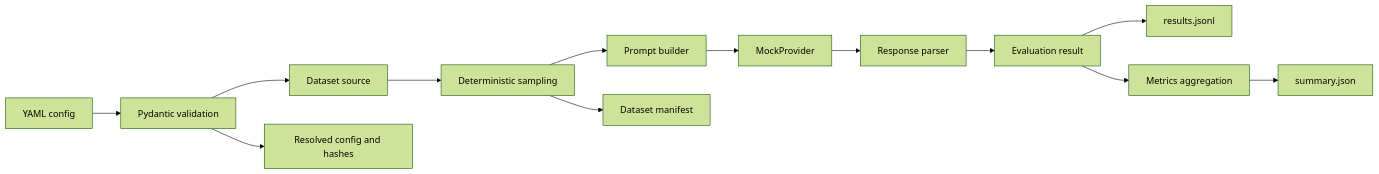
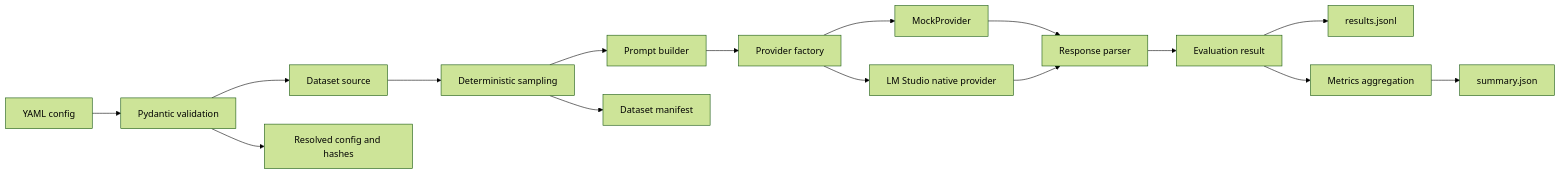
The diagram in README.md (ataozalpp/llm-benchmark), drawn with Mermaid (forest theme) before and after one commit. The commit also changed other lines of this file and 13 other files, not shown here.

Commit message:
Add LM Studio local model provider

````diff
--- a/README.md
+++ b/README.md
@@ -55,15 +58,18 @@
 ```mermaid
 flowchart LR
     A[YAML config] --> B[Pydantic validation]
     B --> C[Dataset source]
     C --> D[Deterministic sampling]
     D --> E[Prompt builder]
-    E --> F[MockProvider]
-    F --> G[Response parser]
+    E --> F[Provider factory]
+    F --> N[MockProvider]
+    F --> O[LM Studio native provider]
+    N --> G[Response parser]
+    O --> G
     G --> H[Evaluation result]
     H --> I[results.jsonl]
     H --> J[Metrics aggregation]
     J --> K[summary.json]
     B --> L[Resolved config and hashes]
     D --> M[Dataset manifest]
 ```
````
